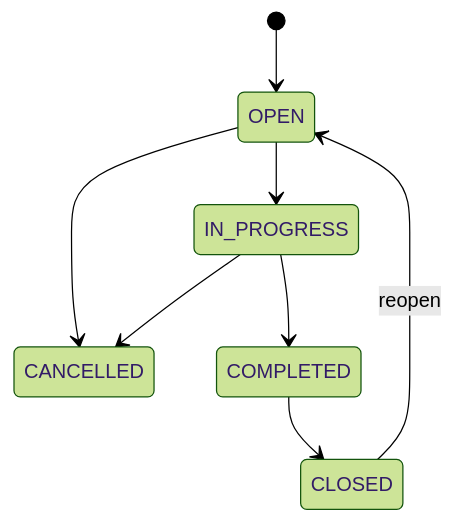
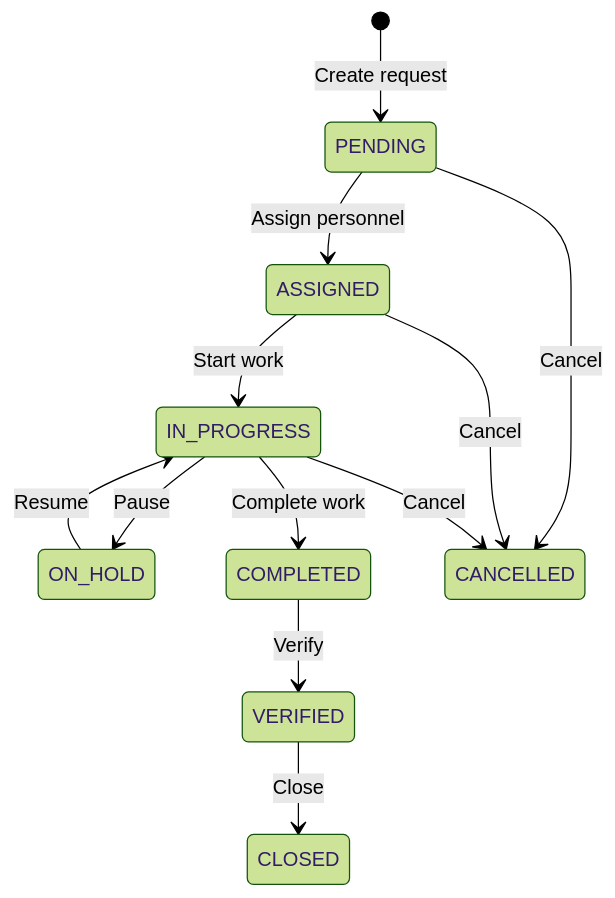
Before and after one commit to attef7474-byte/ATsoftERP: the third of 9 diagrams in docs/proofs/atsofterp-current-architecture-discovery-report.md, drawn with Mermaid (forest theme). The commit also changed other lines of this file and 142 other files, not shown here.

````diff
--- a/docs/proofs/atsofterp-current-architecture-discovery-report.md
+++ b/docs/proofs/atsofterp-current-architecture-discovery-report.md
@@ -522,10 +580,14 @@
 ```mermaid
 stateDiagram-v2
-    [*] --> OPEN
-    OPEN --> IN_PROGRESS
-    OPEN --> CANCELLED
-    IN_PROGRESS --> COMPLETED
-    IN_PROGRESS --> CANCELLED
-    COMPLETED --> CLOSED
-    CLOSED --> OPEN: reopen
+    [*] --> PENDING : Create request
+    PENDING --> ASSIGNED : Assign personnel
+    ASSIGNED --> IN_PROGRESS : Start work
+    IN_PROGRESS --> ON_HOLD : Pause
+    ON_HOLD --> IN_PROGRESS : Resume
+    IN_PROGRESS --> COMPLETED : Complete work
+    COMPLETED --> VERIFIED : Verify
+    VERIFIED --> CLOSED : Close
+    PENDING --> CANCELLED : Cancel
+    ASSIGNED --> CANCELLED : Cancel
+    IN_PROGRESS --> CANCELLED : Cancel
 ```
````
